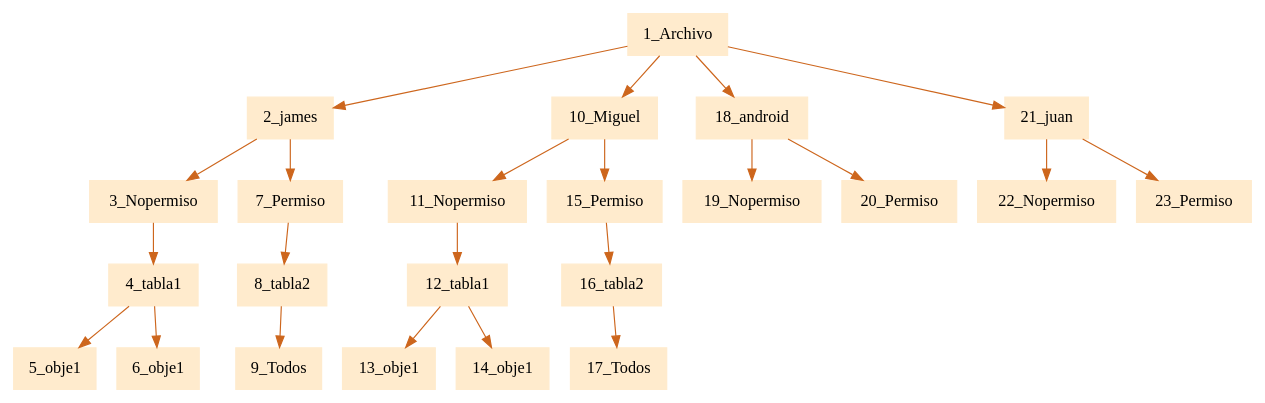
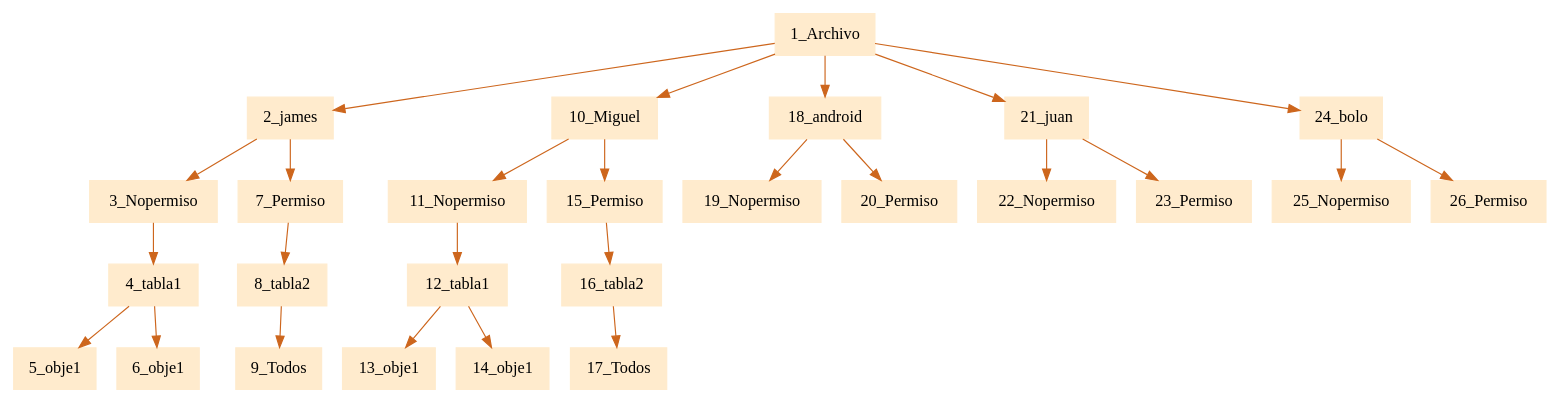
The diagram in pr1Compilarodores2/usu.dot (JamesMelgar/compi2javaccpr1), drawn with Graphviz before and after one commit. The commit also changed 9 other files, not shown here.

```diff
--- a/pr1Compilarodores2/usu.dot
+++ b/pr1Compilarodores2/usu.dot
@@ -1,5 +1,5 @@
 digraph G {node[shape=box, style=filled, color=blanchedalmond]; edge[color=chocolate3];rankdir=UD 
 
-"1_Archivo"->"2_james""2_james"->"3_Nopermiso""3_Nopermiso"->"4_tabla1""4_tabla1"->"5_obje1""4_tabla1"->"6_obje1""2_james"->"7_Permiso""7_Permiso"->"8_tabla2""8_tabla2"->"9_Todos""1_Archivo"->"10_Miguel""10_Miguel"->"11_Nopermiso""11_Nopermiso"->"12_tabla1""12_tabla1"->"13_obje1""12_tabla1"->"14_obje1""10_Miguel"->"15_Permiso""15_Permiso"->"16_tabla2""16_tabla2"->"17_Todos""1_Archivo"->"18_android""18_android"->"19_Nopermiso""18_android"->"20_Permiso""1_Archivo"->"21_juan""21_juan"->"22_Nopermiso""21_juan"->"23_Permiso"
+"1_Archivo"->"2_james""2_james"->"3_Nopermiso""3_Nopermiso"->"4_tabla1""4_tabla1"->"5_obje1""4_tabla1"->"6_obje1""2_james"->"7_Permiso""7_Permiso"->"8_tabla2""8_tabla2"->"9_Todos""1_Archivo"->"10_Miguel""10_Miguel"->"11_Nopermiso""11_Nopermiso"->"12_tabla1""12_tabla1"->"13_obje1""12_tabla1"->"14_obje1""10_Miguel"->"15_Permiso""15_Permiso"->"16_tabla2""16_tabla2"->"17_Todos""1_Archivo"->"18_android""18_android"->"19_Nopermiso""18_android"->"20_Permiso""1_Archivo"->"21_juan""21_juan"->"22_Nopermiso""21_juan"->"23_Permiso""1_Archivo"->"24_bolo""24_bolo"->"25_Nopermiso""24_bolo"->"26_Permiso"
 
 }
```
